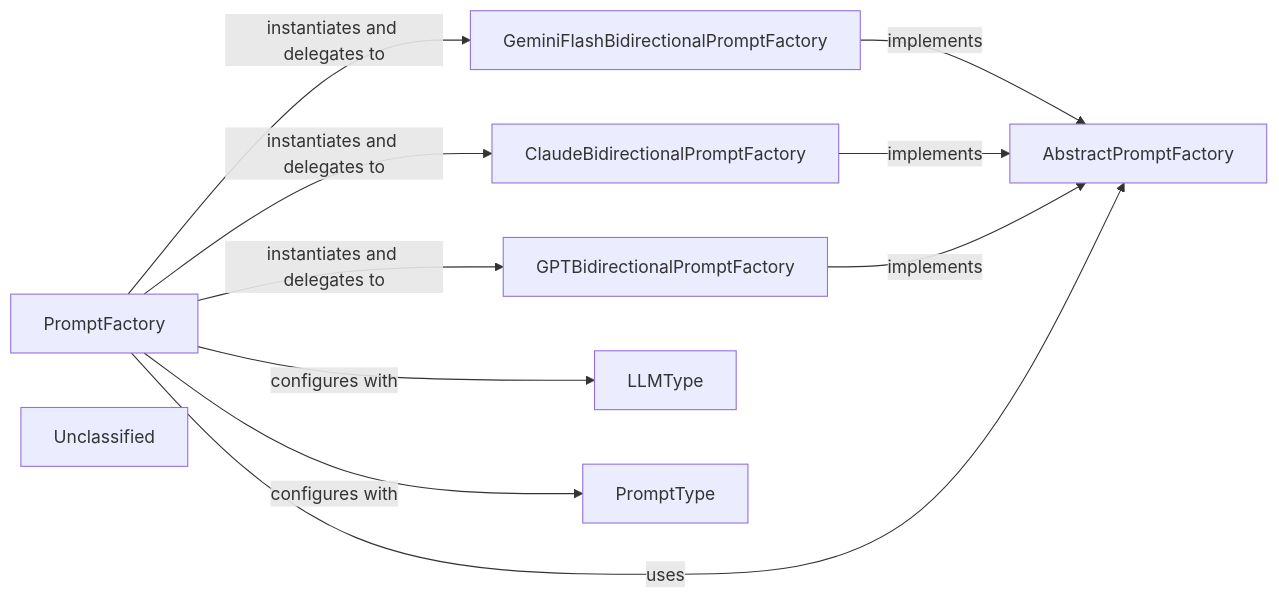
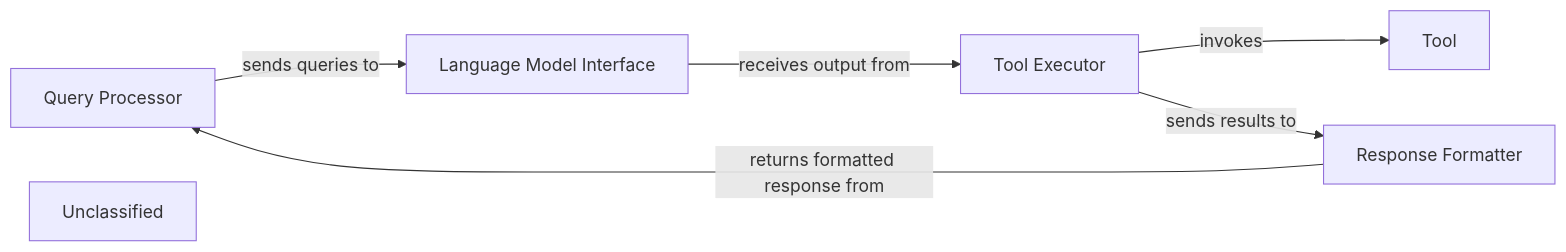
Before and after one commit to CodeBoarding/CodeBoarding: the second of 8 diagrams in docs/development/architecture.md, drawn with Mermaid. The commit also changed other lines of this file and 25 other files, not shown here.

First line of the commit message:
docs: update codeboarding documentation and generate architecture

````diff
--- a/docs/development/architecture.md
+++ b/docs/development/architecture.md
@@ -98,20 +107,13 @@
 ```mermaid
 graph LR
-    PromptFactory["PromptFactory"]
-    AbstractPromptFactory["AbstractPromptFactory"]
-    GeminiFlashBidirectionalPromptFactory["GeminiFlashBidirectionalPromptFactory"]
-    ClaudeBidirectionalPromptFactory["ClaudeBidirectionalPromptFactory"]
-    GPTBidirectionalPromptFactory["GPTBidirectionalPromptFactory"]
-    LLMType["LLMType"]
-    PromptType["PromptType"]
+    Query_Processor["Query Processor"]
+    Language_Model_Interface["Language Model Interface"]
+    Tool_Executor["Tool Executor"]
+    Response_Formatter["Response Formatter"]
     Unclassified["Unclassified"]
-    PromptFactory -- "configures with" --> LLMType
-    PromptFactory -- "configures with" --> PromptType
-    PromptFactory -- "instantiates and delegates to" --> GeminiFlashBidirectionalPromptFactory
-    PromptFactory -- "instantiates and delegates to" --> ClaudeBidirectionalPromptFactory
-    PromptFactory -- "instantiates and delegates to" --> GPTBidirectionalPromptFactory
-    GeminiFlashBidirectionalPromptFactory -- "implements" --> AbstractPromptFactory
-    ClaudeBidirectionalPromptFactory -- "implements" --> AbstractPromptFactory
-    GPTBidirectionalPromptFactory -- "implements" --> AbstractPromptFactory
-    PromptFactory -- "uses" --> AbstractPromptFactory
+    Query_Processor -- "sends queries to" --> Language_Model_Interface
+    Language_Model_Interface -- "receives output from" --> Tool_Executor
+    Tool_Executor -- "invokes" --> Tool
+    Tool_Executor -- "sends results to" --> Response_Formatter
+    Response_Formatter -- "returns formatted response from" --> Query_Processor
 ```
````
